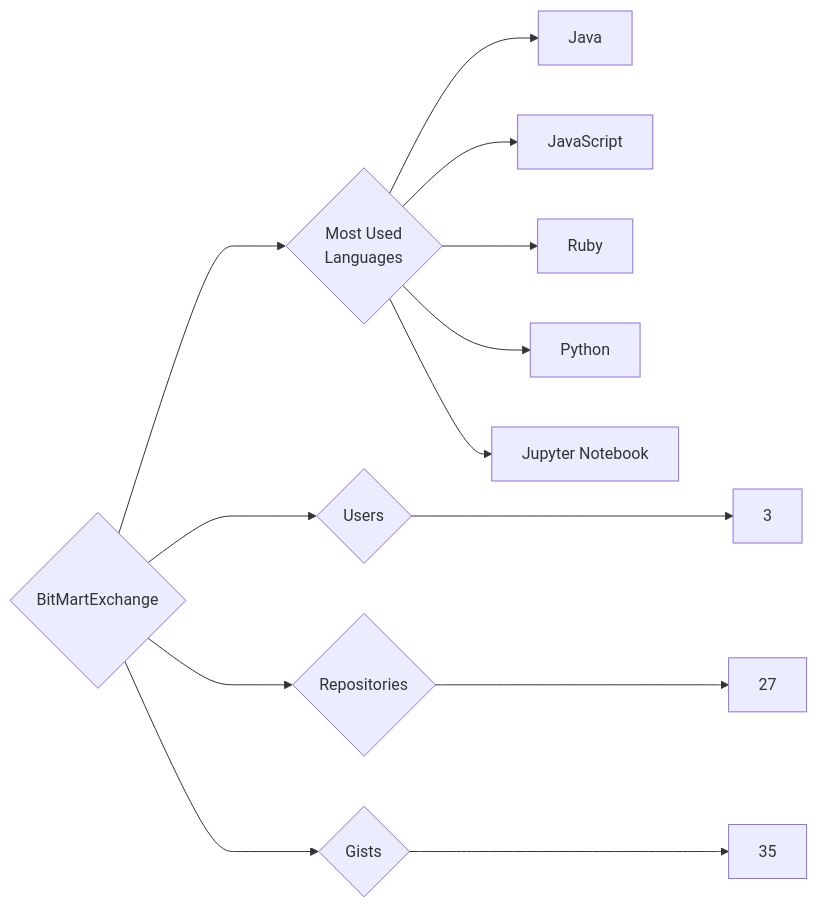
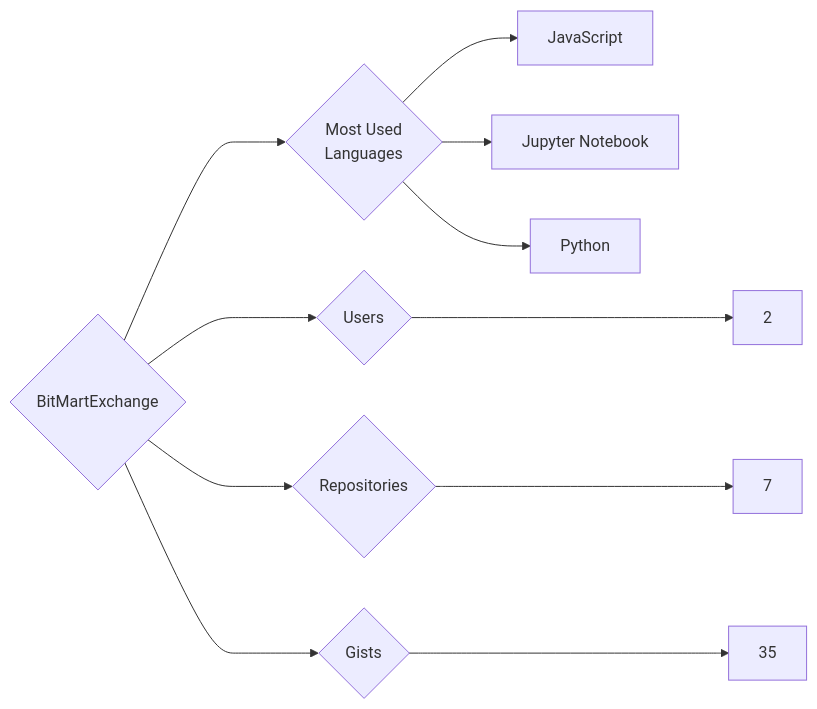
The diagram in targets/BitMartExchange/README.md (trickest/insiders), drawn with Mermaid before and after one commit. The commit also changed 873 other files, not shown here.

````diff
--- a/targets/BitMartExchange/README.md
+++ b/targets/BitMartExchange/README.md
@@ -3,13 +3,11 @@
 ```mermaid
 graph LR
 COMPANY_NAME{BitMartExchange}
-COMPANY_NAME ---> U{Users} ---> UN[3]
-COMPANY_NAME ---> R{Repositories} ---> RN[27]
+COMPANY_NAME ---> U{Users} ---> UN[2]
+COMPANY_NAME ---> R{Repositories} ---> RN[7]
 COMPANY_NAME ---> G{Gists} ---> GN[35]
 COMPANY_NAME ---> ML{Most Used<br>Languages}
-ML --> Java[Java]
 ML --> JavaScript[JavaScript]
-ML --> Ruby[Ruby]
+ML --> Jupyter_Notebook[Jupyter Notebook]
 ML --> Python[Python]
-ML --> Jupyter_Notebook[Jupyter Notebook]
 ```
````
